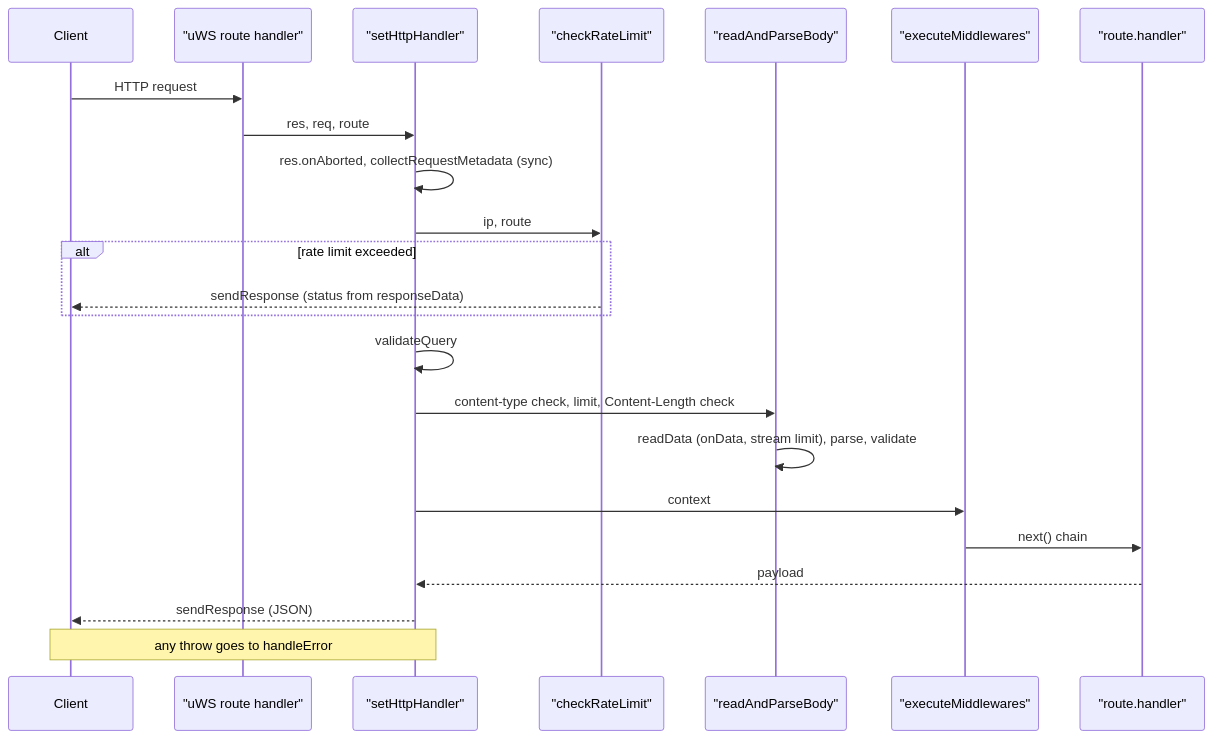
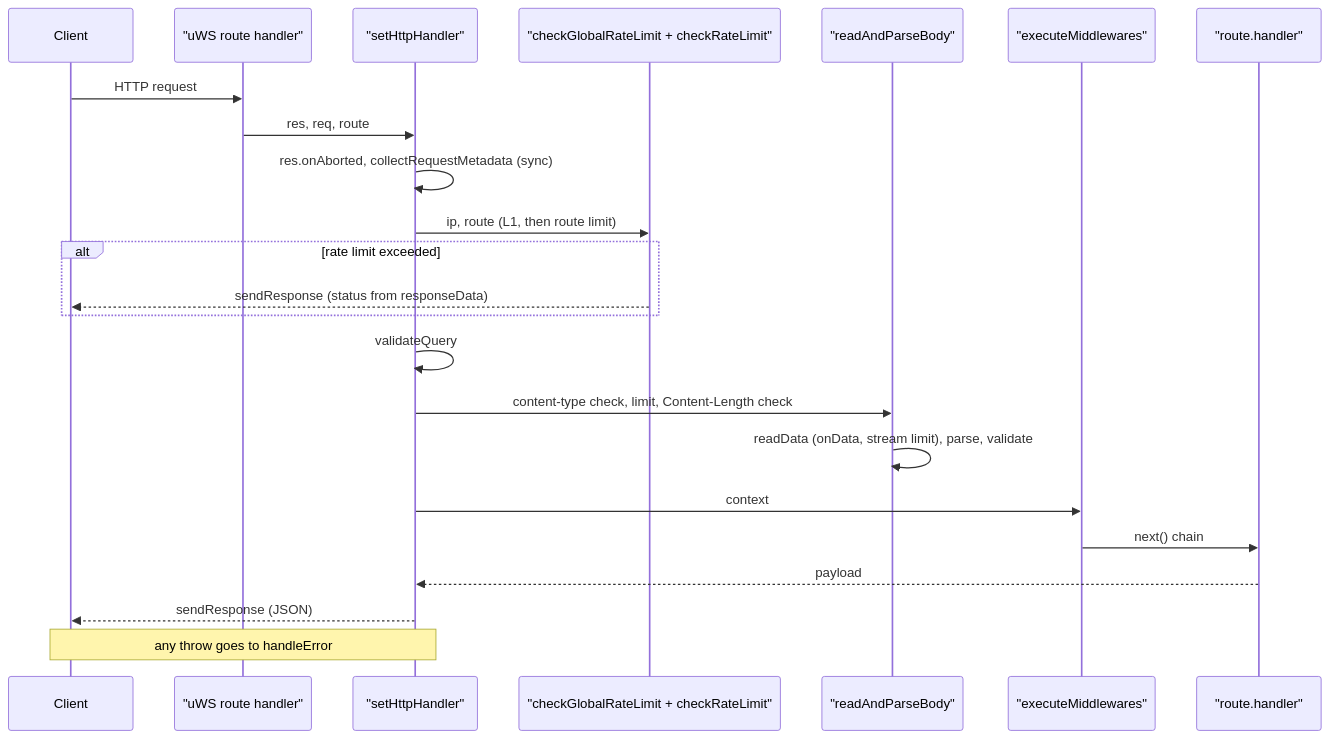
The first of 2 diagrams in documentation/backend/request-lifecycle.md (Blazheiko/itvibe-template), drawn with Mermaid before and after one commit. The commit also changed other lines of this file and 5 other files, not shown here.

First line of the commit message:
Align rate-limit docs with the code

````diff
--- a/documentation/backend/request-lifecycle.md
+++ b/documentation/backend/request-lifecycle.md
@@ -29,25 +29,25 @@
 ```mermaid
 sequenceDiagram
   participant Client
   participant UWS as "uWS route handler"
   participant H as "setHttpHandler"
-  participant RL as "checkRateLimit"
+  participant RL as "checkGlobalRateLimit + checkRateLimit"
   participant B as "readAndParseBody"
   participant MW as "executeMiddlewares"
   participant Ctl as "route.handler"
   Client->>UWS: HTTP request
   UWS->>H: res, req, route
   H->>H: res.onAborted, collectRequestMetadata (sync)
-  H->>RL: ip, route
+  H->>RL: ip, route (L1, then route limit)
   alt rate limit exceeded
     RL-->>Client: sendResponse (status from responseData)
   end
   H->>H: validateQuery
   H->>B: content-type check, limit, Content-Length check
   B->>B: readData (onData, stream limit), parse, validate
   H->>MW: context
   MW->>Ctl: next() chain
   Ctl-->>H: payload
   H-->>Client: sendResponse (JSON)
   Note over H,Client: any throw goes to handleError
 ```
````
